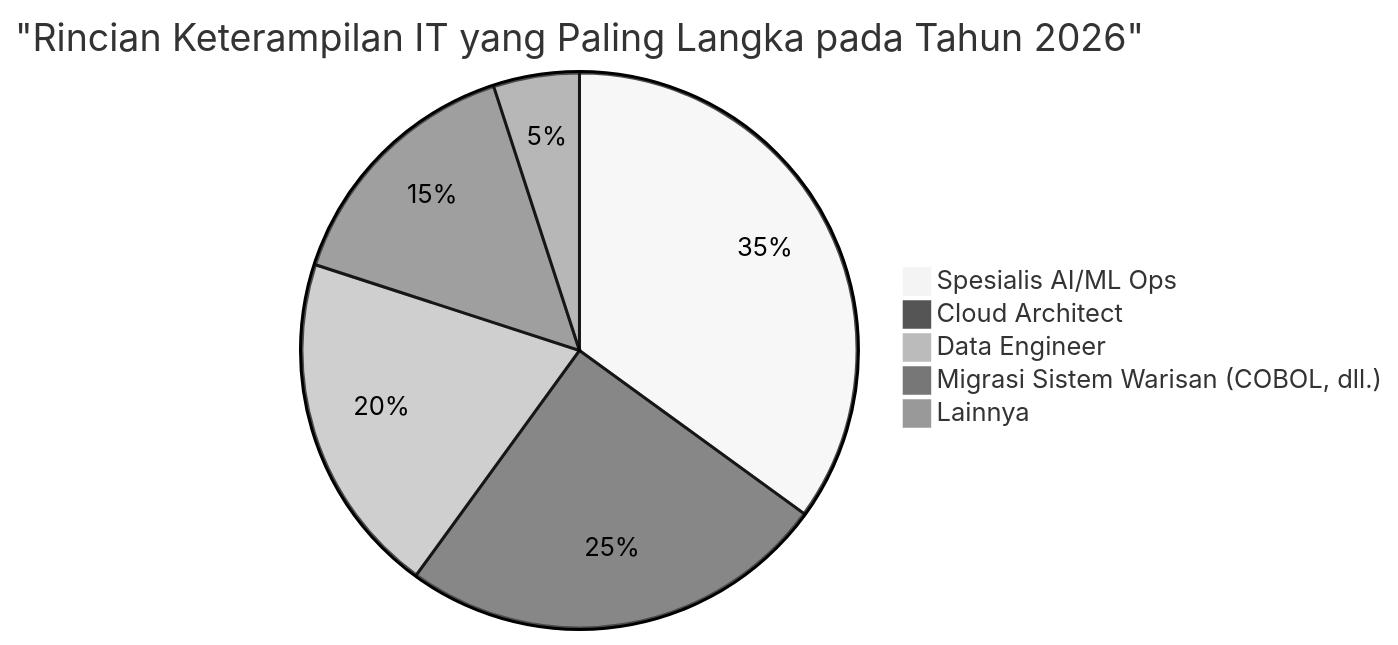
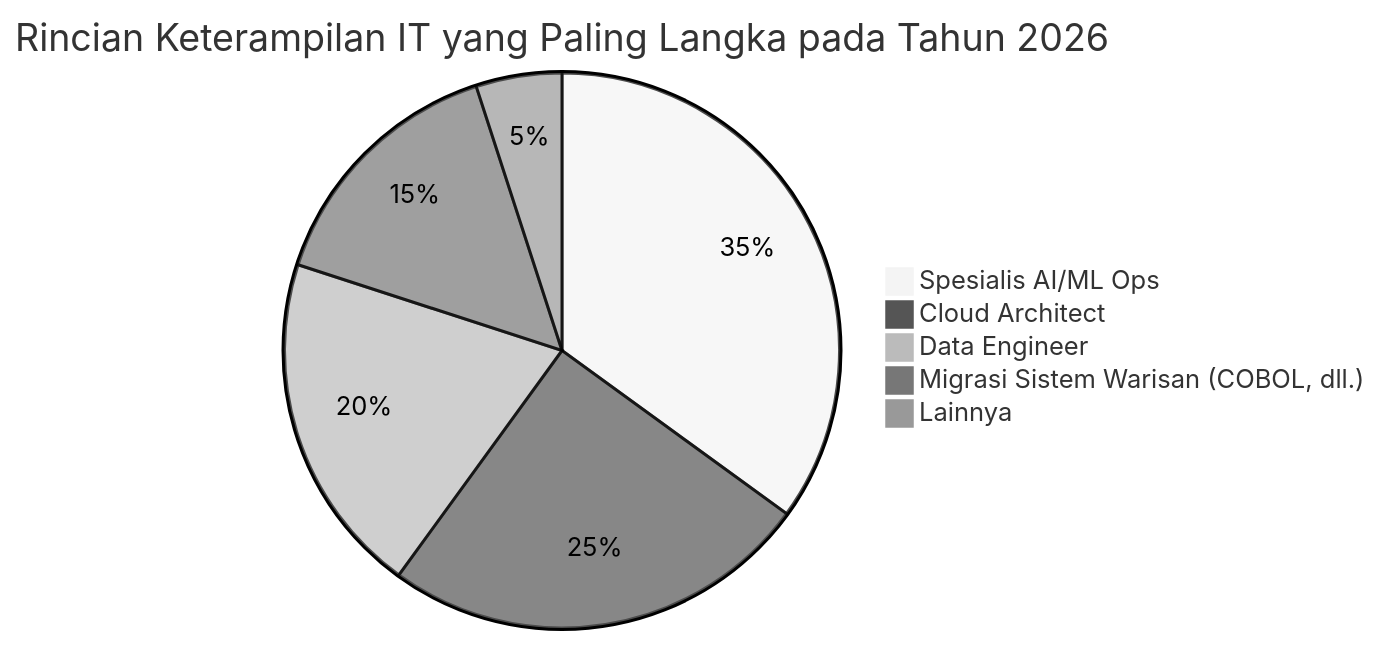
One commit to kenjinote/blog changed the second of 4 diagrams in content/post/it_talent_shortage_2026/index.id.md. Above: the diagram before and after it, drawn with Mermaid (neutral theme). The commit also changed other lines of this file and 703 other files, not shown here.

Commit message:
Fix: Remove quotes from Mermaid link texts and timeline definitions to support Mermaid 11.4.1

````diff
--- a/content/post/it_talent_shortage_2026/index.id.md
+++ b/content/post/it_talent_shortage_2026/index.id.md
@@ -77,8 +77,8 @@
 ```mermaid
-pie title "Rincian Keterampilan IT yang Paling Langka pada Tahun 2026"
+pie title Rincian Keterampilan IT yang Paling Langka pada Tahun 2026
     "Spesialis AI/ML Ops" : 35
     "Cloud Architect" : 25
     "Data Engineer" : 20
     "Migrasi Sistem Warisan (COBOL, dll.)" : 15
     "Lainnya" : 5
 ```
````
